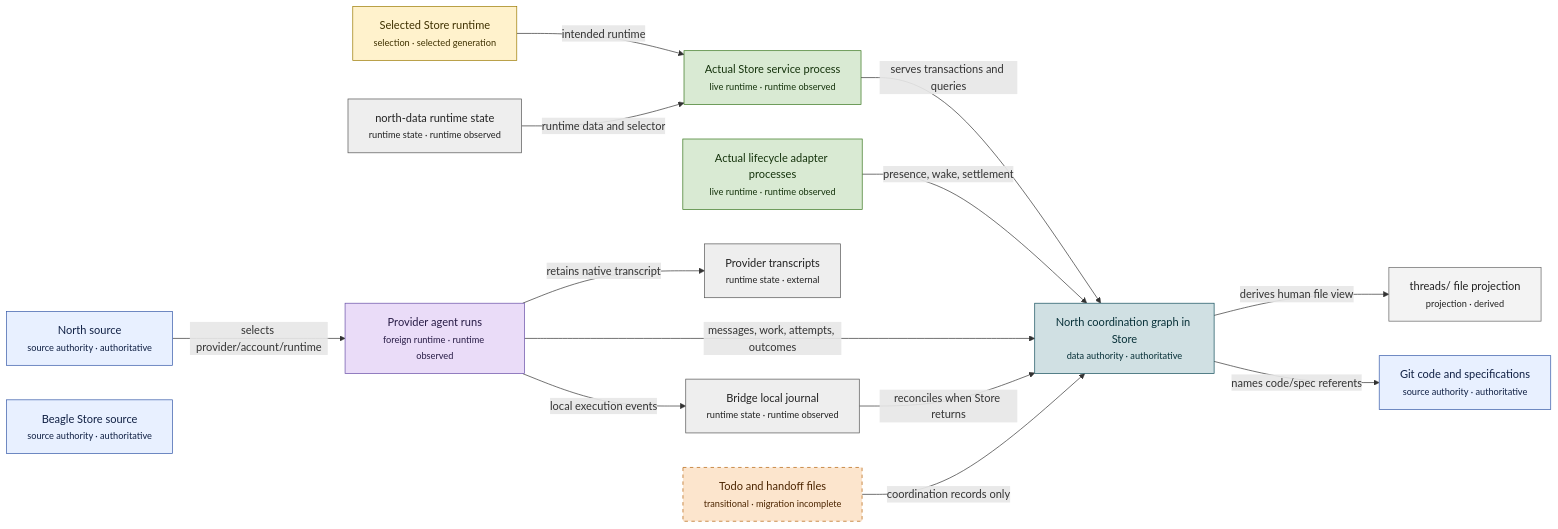
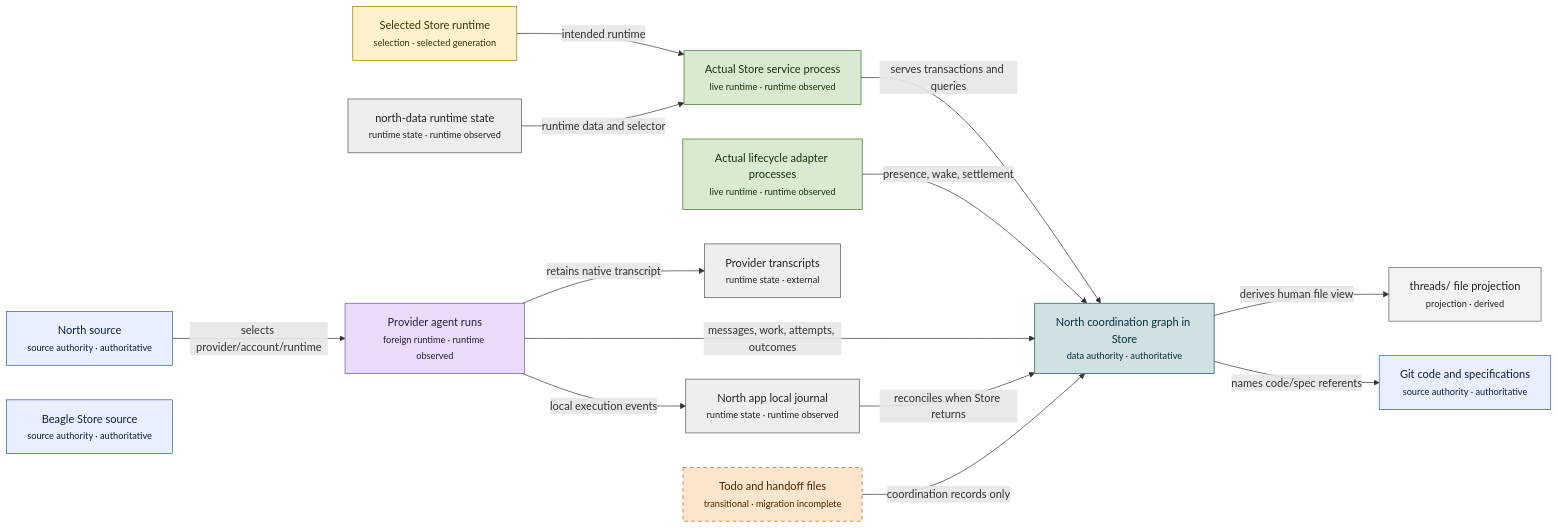
One commit to tompassarelli/north changed the third of 4 diagrams in docs/system-map.md. Above: the diagram before and after it, drawn with Mermaid. The commit also changed other lines of this file and 13 other files, not shown here.

Commit message:
Retire Bridge from North operator surfaces

````diff
--- a/docs/system-map.md
+++ b/docs/system-map.md
@@ -134,39 +134,39 @@
 ```mermaid
 flowchart LR
   %% How agents exchange durable work state, messages, evidence, and local execution records.
   n_north_source["North source<br/><small>source authority · authoritative</small>"]:::source_authority
   n_beagle_store_source["Beagle Store source<br/><small>source authority · authoritative</small>"]:::source_authority
   n_git_specifications["Git code and specifications<br/><small>source authority · authoritative</small>"]:::source_authority
   n_store_runtime_selection["Selected Store runtime<br/><small>selection · selected generation</small>"]:::selection
   n_lifecycle_adapters["Actual lifecycle adapter processes<br/><small>live runtime · runtime observed</small>"]:::live_runtime
   n_live_store_process["Actual Store service process<br/><small>live runtime · runtime observed</small>"]:::live_runtime
   n_provider_runs["Provider agent runs<br/><small>foreign runtime · runtime observed</small>"]:::foreign_runtime
   n_provider_transcripts["Provider transcripts<br/><small>runtime state · external</small>"]:::runtime_state
   n_coordination_graph["North coordination graph in Store<br/><small>data authority · authoritative</small>"]:::data_authority
-  n_bridge_journal["Bridge local journal<br/><small>runtime state · runtime observed</small>"]:::runtime_state
+  n_app_journal["North app local journal<br/><small>runtime state · runtime observed</small>"]:::runtime_state
   n_threads_projection["threads/ file projection<br/><small>projection · derived</small>"]:::projection
   n_todo_handoffs["Todo and handoff files<br/><small>transitional · migration incomplete</small>"]:::transitional
   n_north_runtime_state["north-data runtime state<br/><small>runtime state · runtime observed</small>"]:::runtime_state
 
   n_store_runtime_selection -->|intended runtime| n_live_store_process
   n_north_source -->|selects provider/account/runtime| n_provider_runs
   n_provider_runs -->|retains native transcript| n_provider_transcripts
   n_live_store_process -->|serves transactions and queries| n_coordination_graph
   n_lifecycle_adapters -->|presence, wake, settlement| n_coordination_graph
   n_provider_runs -->|messages, work, attempts, outcomes| n_coordination_graph
-  n_provider_runs -->|local execution events| n_bridge_journal
-  n_bridge_journal -->|reconciles when Store returns| n_coordination_graph
+  n_provider_runs -->|local execution events| n_app_journal
+  n_app_journal -->|reconciles when Store returns| n_coordination_graph
   n_coordination_graph -->|derives human file view| n_threads_projection
   n_coordination_graph -->|names code/spec referents| n_git_specifications
   n_todo_handoffs -->|coordination records only| n_coordination_graph
   n_north_runtime_state -->|runtime data and selector| n_live_store_process
 
   classDef source_authority fill:#e8f0ff,stroke:#3559a8,color:#102044
   classDef selection fill:#fff2cc,stroke:#9b7a00,color:#3f3100
   classDef live_runtime fill:#d9ead3,stroke:#38761d,color:#15330c
   classDef data_authority fill:#d0e0e3,stroke:#134f5c,color:#073038
   classDef projection fill:#f3f3f3,stroke:#666,color:#222
   classDef transitional fill:#fce5cd,stroke:#b45f06,color:#4c2500,stroke-dasharray: 5 5
   classDef foreign_runtime fill:#eadcf8,stroke:#674ea7,color:#271b45
   classDef runtime_state fill:#eeeeee,stroke:#555,color:#222
 ```
````
